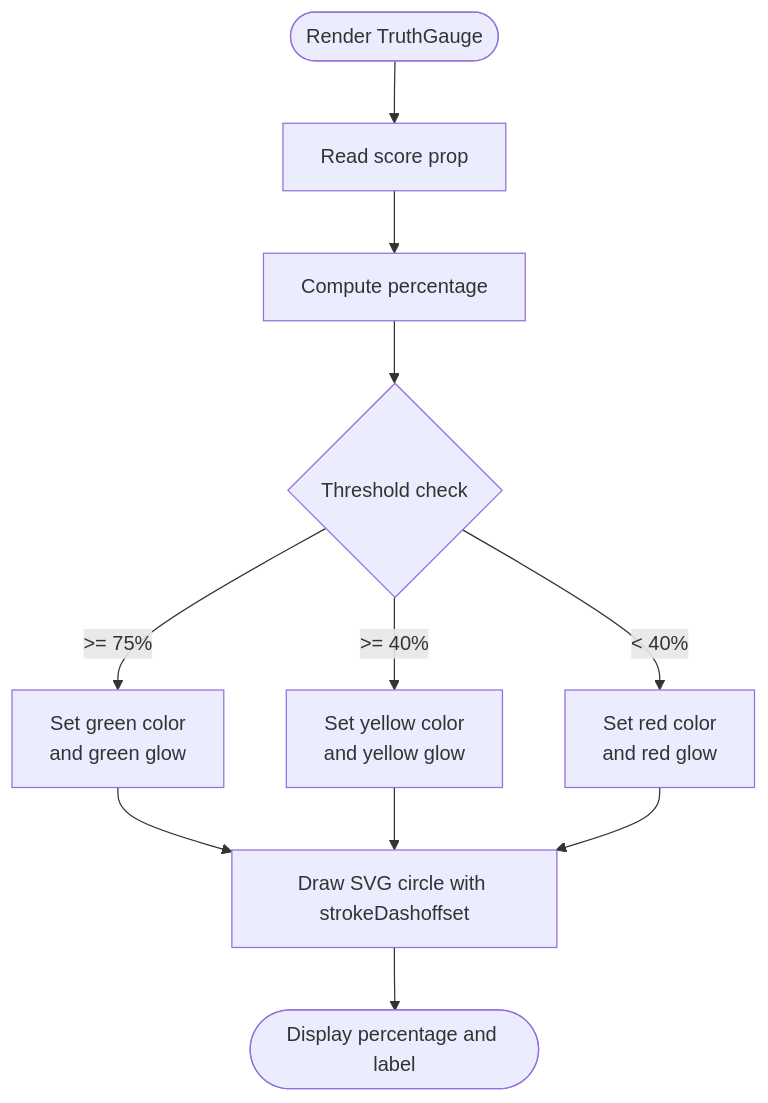
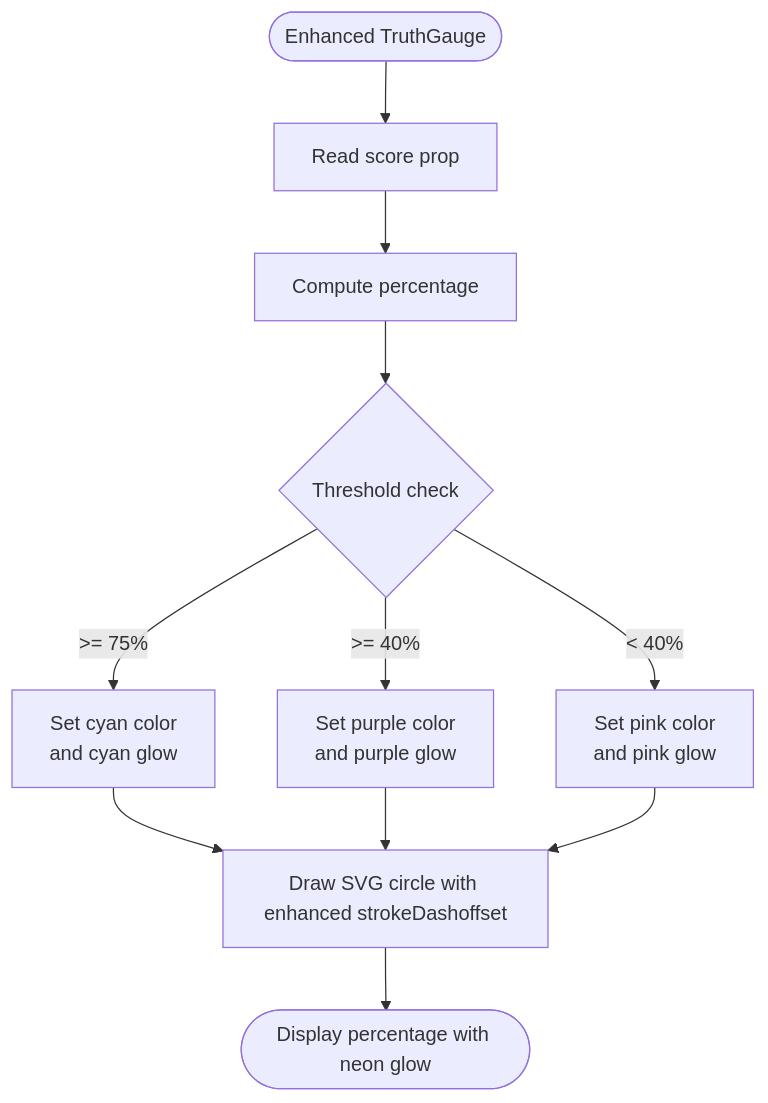
One commit to Anmo07/Friday changed the sixth of 11 diagrams in .qoder/repowiki/en/content/Frontend Interface/Dashboard Application.md. Above: the diagram before and after it, drawn with Mermaid. The commit also changed other lines of this file and 931 other files, not shown here.

````diff
--- a/.qoder/repowiki/en/content/Frontend Interface/Dashboard Application.md
+++ b/.qoder/repowiki/en/content/Frontend Interface/Dashboard Application.md
@@ -231,13 +272,13 @@
 ```mermaid
 flowchart TD
-Start(["Render TruthGauge"]) --> GetScore["Read score prop"]
+Start(["Enhanced TruthGauge"]) --> GetScore["Read score prop"]
 GetScore --> CalcPercent["Compute percentage"]
 CalcPercent --> Thresholds{"Threshold check"}
-Thresholds --> |>= 75%| Green["Set green color<br/>and green glow"]
-Thresholds --> |>= 40%| Yellow["Set yellow color<br/>and yellow glow"]
-Thresholds --> |< 40%| Red["Set red color<br/>and red glow"]
-Green --> Draw["Draw SVG circle with strokeDashoffset"]
-Yellow --> Draw
+Thresholds --> |>= 75%| Green["Set cyan color<br/>and cyan glow"]
+Thresholds --> |>= 40%| Purple["Set purple color<br/>and purple glow"]
+Thresholds --> |< 40%| Red["Set pink color<br/>and pink glow"]
+Green --> Draw["Draw SVG circle with enhanced strokeDashoffset"]
+Purple --> Draw
 Red --> Draw
-Draw --> End(["Display percentage and label"])
+Draw --> End(["Display percentage with neon glow"])
 ```
````
